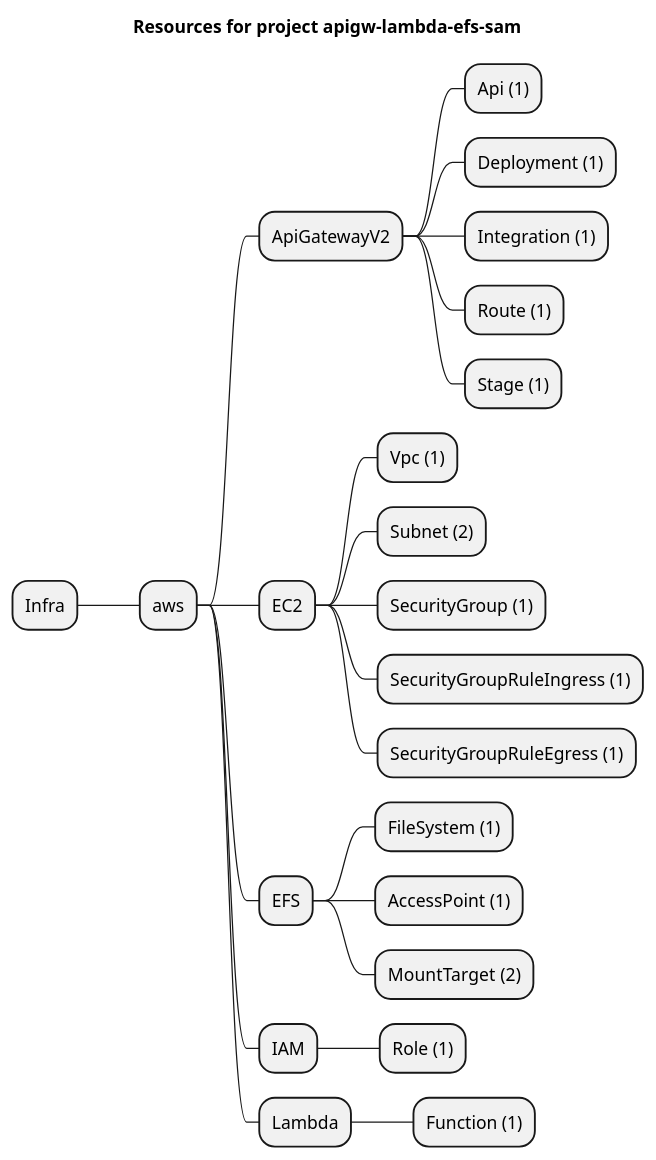
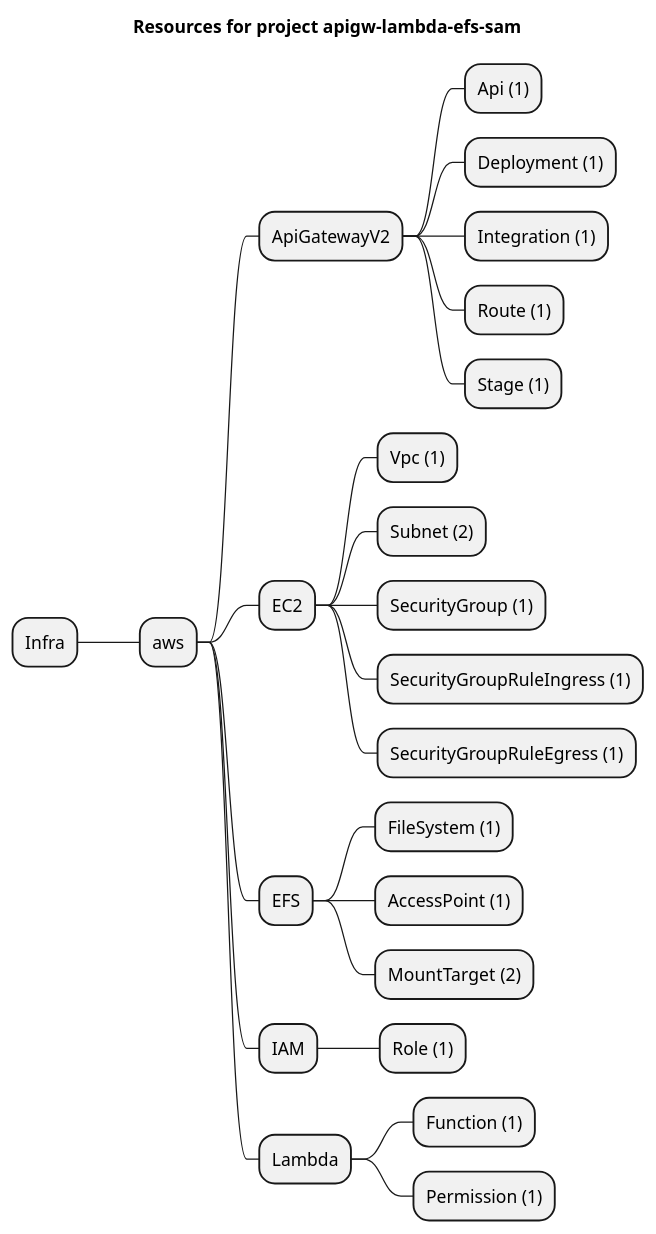
The diagram in examples/aws/EFS/apigw-lambda-efs-sam/artifacts/resources-mindmap.puml (grucloud/grucloud), drawn with PlantUML before and after one commit. The commit also changed 14 other files, not shown here.

```diff
--- a/examples/aws/EFS/apigw-lambda-efs-sam/artifacts/resources-mindmap.puml
+++ b/examples/aws/EFS/apigw-lambda-efs-sam/artifacts/resources-mindmap.puml
@@ -1,26 +1,27 @@
 @startmindmap
 title Resources for project apigw-lambda-efs-sam
 skinparam monochrome true
 + Infra
 ++ aws
 +++ ApiGatewayV2
 ++++ Api (1)
 ++++ Deployment (1)
 ++++ Integration (1)
 ++++ Route (1)
 ++++ Stage (1)
 +++ EC2
 ++++ Vpc (1)
 ++++ Subnet (2)
 ++++ SecurityGroup (1)
 ++++ SecurityGroupRuleIngress (1)
 ++++ SecurityGroupRuleEgress (1)
 +++ EFS
 ++++ FileSystem (1)
 ++++ AccessPoint (1)
 ++++ MountTarget (2)
 +++ IAM
 ++++ Role (1)
 +++ Lambda
 ++++ Function (1)
+++++ Permission (1)
 @endmindmap
```
